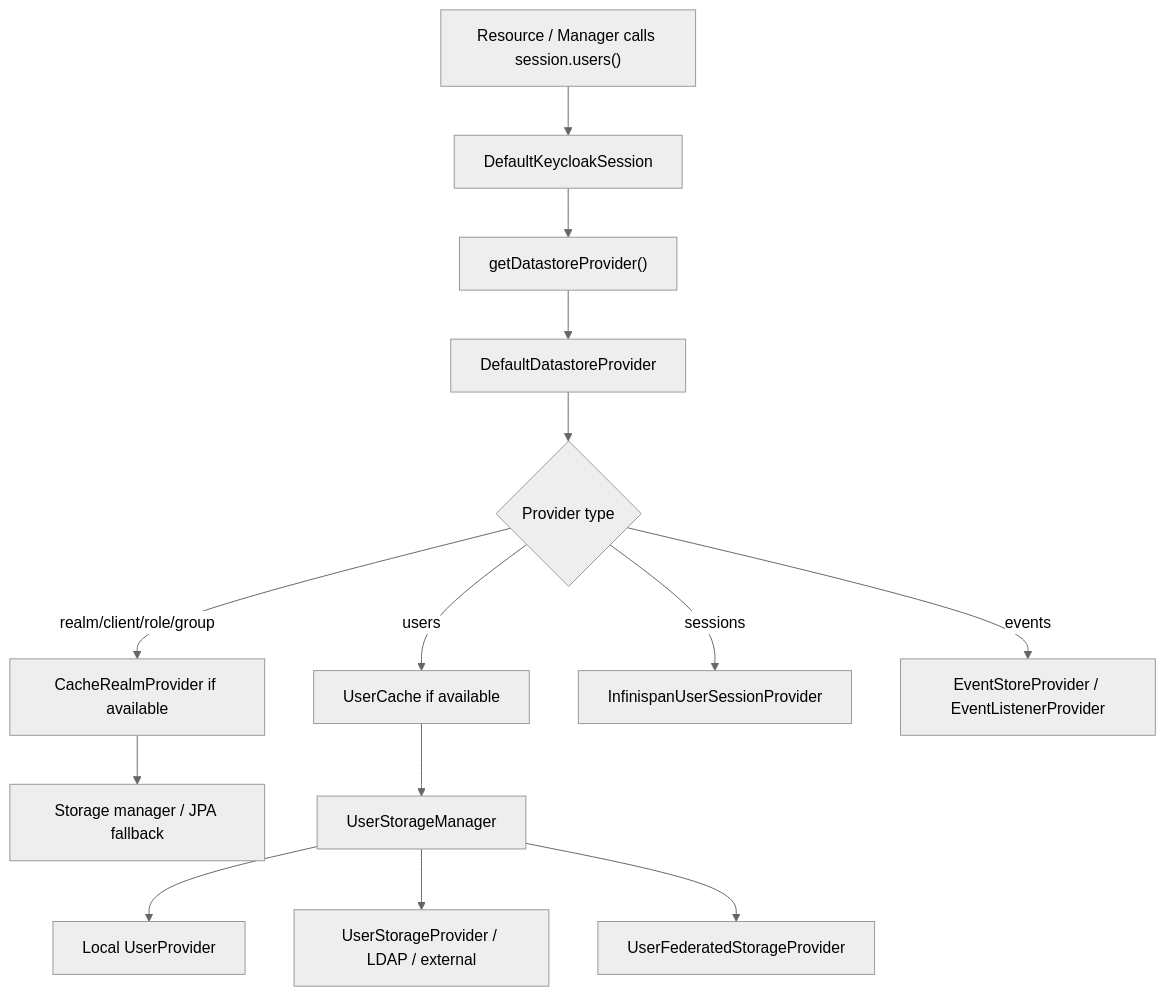
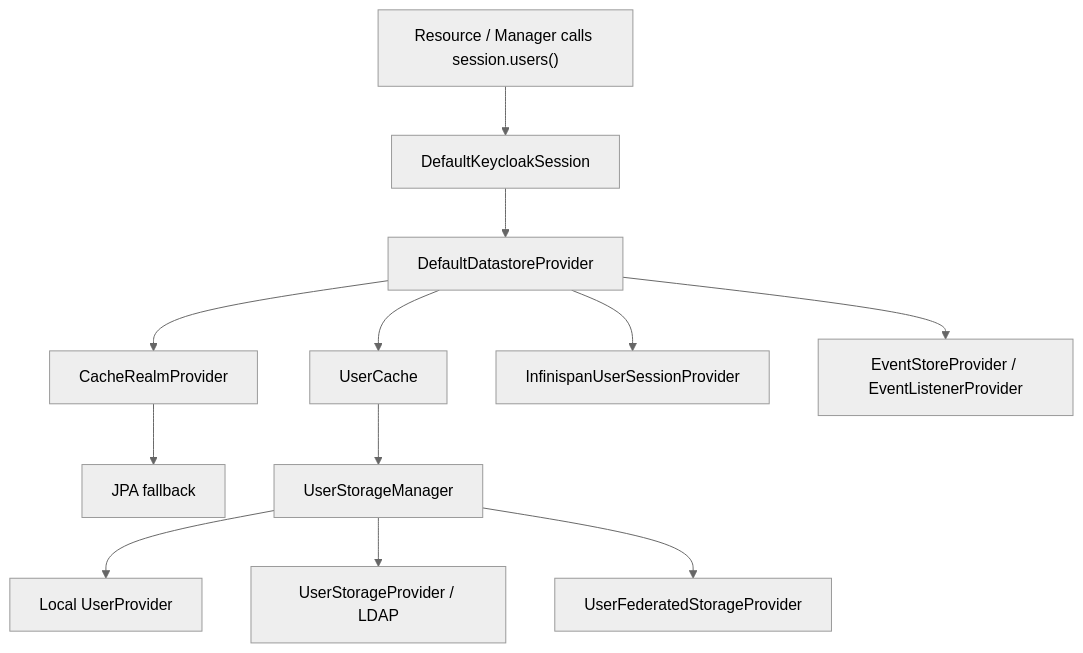
Before and after one commit to dhs-shine/keycloak: the fifth of 5 diagrams in docs/custom/10-architecture/10-server-runtime-and-request-lifecycle.md, drawn with Mermaid (neutral theme). The commit also changed other lines of this file and 7 other files, not shown here.

````diff
--- a/docs/custom/10-architecture/10-server-runtime-and-request-lifecycle.md
+++ b/docs/custom/10-architecture/10-server-runtime-and-request-lifecycle.md
@@ -320,16 +177,14 @@
 ```mermaid
 flowchart TD
-  A["Resource / Manager calls session.users()"] --> B["DefaultKeycloakSession"]
-  B --> C["getDatastoreProvider()"]
-  C --> D["DefaultDatastoreProvider"]
-  D --> E{"Provider type"}
-  E -- realm/client/role/group --> F["CacheRealmProvider if available"]
-  F --> G["Storage manager / JPA fallback"]
-  E -- users --> H["UserCache if available"]
-  H --> I["UserStorageManager"]
-  I --> J["Local UserProvider"]
-  I --> K["UserStorageProvider / LDAP / external"]
-  I --> L["UserFederatedStorageProvider"]
-  E -- sessions --> M["InfinispanUserSessionProvider"]
-  E -- events --> N["EventStoreProvider / EventListenerProvider"]
+  Resource["Resource / Manager calls session.users()"] --> Session["DefaultKeycloakSession"]
+  Session --> Datastore["DefaultDatastoreProvider"]
+  Datastore --> RealmCache["CacheRealmProvider"]
+  RealmCache --> JPA["JPA fallback"]
+  Datastore --> UserCache["UserCache"]
+  UserCache --> USM["UserStorageManager"]
+  USM --> Local["Local UserProvider"]
+  USM --> External["UserStorageProvider / LDAP"]
+  USM --> Federated["UserFederatedStorageProvider"]
+  Datastore --> Sessions["InfinispanUserSessionProvider"]
+  Datastore --> Events["EventStoreProvider / EventListenerProvider"]
 ```
````
